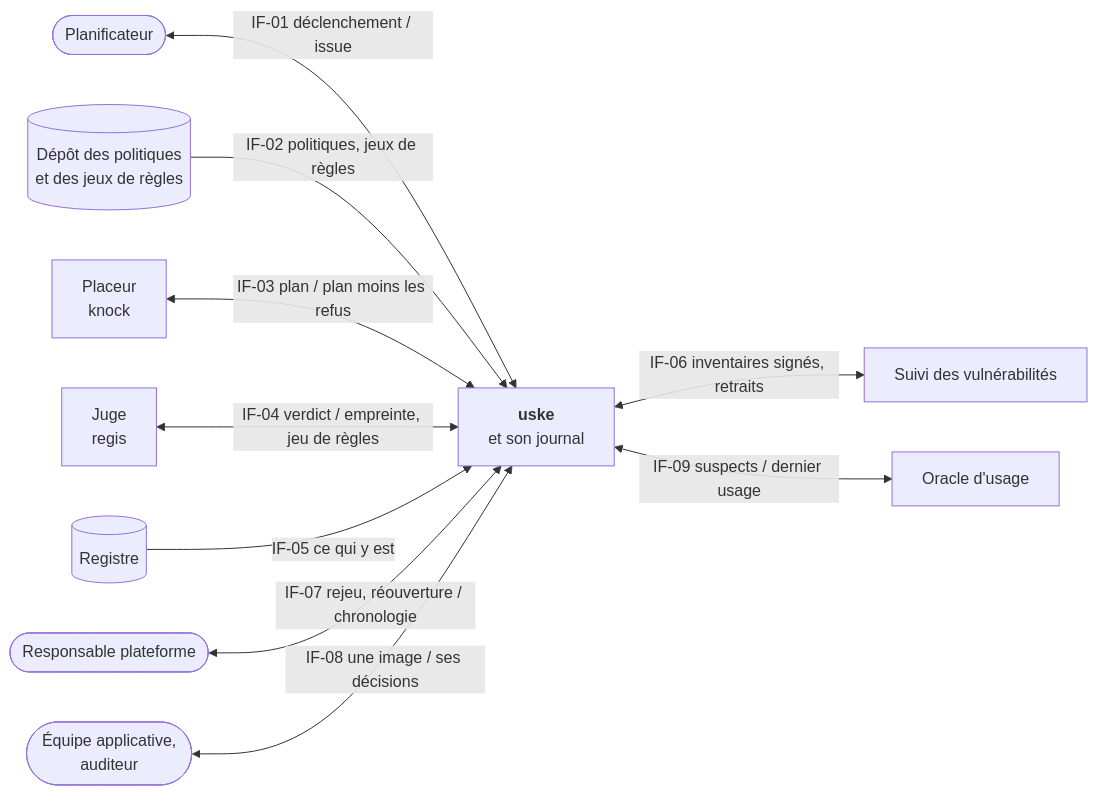
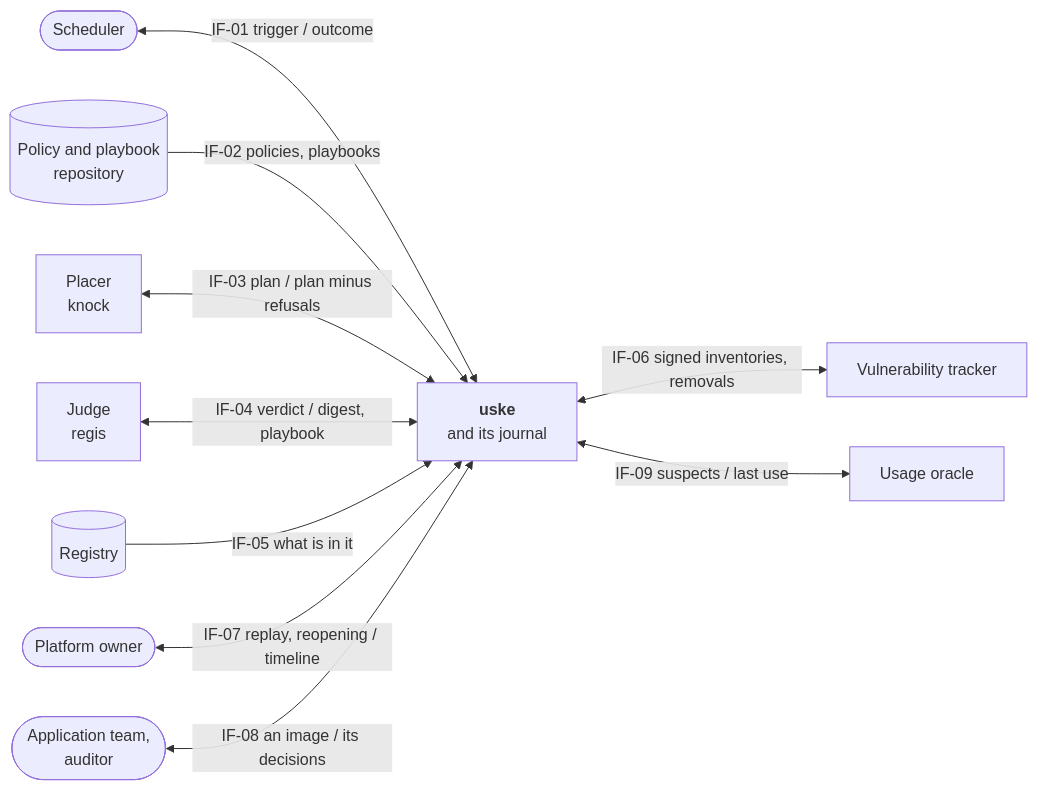
Before and after one commit to trivoallan/uske: the first of 5 diagrams in docs/architecture/arc42.md, drawn with Mermaid. The commit also changed other lines of this file and 17 other files, not shown here.

First line of the commit message:
docs: passer la documentation en anglais, les décisions restent en français (#51)

````diff
--- a/docs/architecture/arc42.md
+++ b/docs/architecture/arc42.md
@@ -140,22 +138,22 @@
 ```mermaid
 flowchart LR
-  U["<b>uske</b><br>et son journal"]
-  plan(["Planificateur"])
-  depot[("Dépôt des politiques<br>et des jeux de règles")]
-  knock["Placeur<br>knock"]
-  regis["Juge<br>regis"]
-  reg[("Registre")]
-  dt["Suivi des vulnérabilités"]
-  oracle["Oracle d'usage"]
-  rp(["Responsable plateforme"])
-  lect(["Équipe applicative,<br>auditeur"])
-  plan <-->|"IF-01 déclenchement / issue"| U
-  depot -->|"IF-02 politiques, jeux de règles"| U
-  knock <-->|"IF-03 plan / plan moins les refus"| U
-  regis <-->|"IF-04 verdict / empreinte, jeu de règles"| U
-  reg -->|"IF-05 ce qui y est"| U
-  U <-->|"IF-06 inventaires signés, retraits"| dt
-  U <-->|"IF-09 suspects / dernier usage"| oracle
-  rp <-->|"IF-07 rejeu, réouverture / chronologie"| U
-  lect <-->|"IF-08 une image / ses décisions"| U
+  U["<b>uske</b><br>and its journal"]
+  plan(["Scheduler"])
+  depot[("Policy and playbook<br>repository")]
+  knock["Placer<br>knock"]
+  regis["Judge<br>regis"]
+  reg[("Registry")]
+  dt["Vulnerability tracker"]
+  oracle["Usage oracle"]
+  rp(["Platform owner"])
+  lect(["Application team,<br>auditor"])
+  plan <-->|"IF-01 trigger / outcome"| U
+  depot -->|"IF-02 policies, playbooks"| U
+  knock <-->|"IF-03 plan / plan minus refusals"| U
+  regis <-->|"IF-04 verdict / digest, playbook"| U
+  reg -->|"IF-05 what is in it"| U
+  U <-->|"IF-06 signed inventories, removals"| dt
+  U <-->|"IF-09 suspects / last use"| oracle
+  rp <-->|"IF-07 replay, reopening / timeline"| U
+  lect <-->|"IF-08 an image / its decisions"| U
 ```
````
